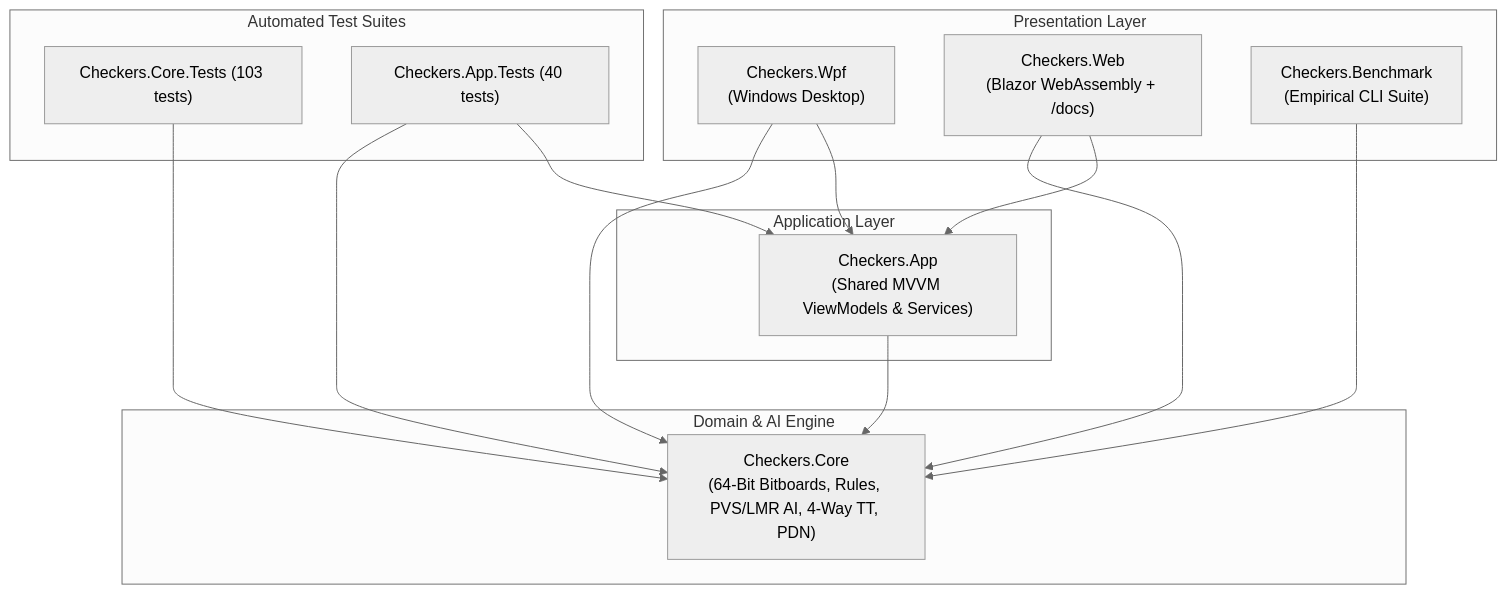
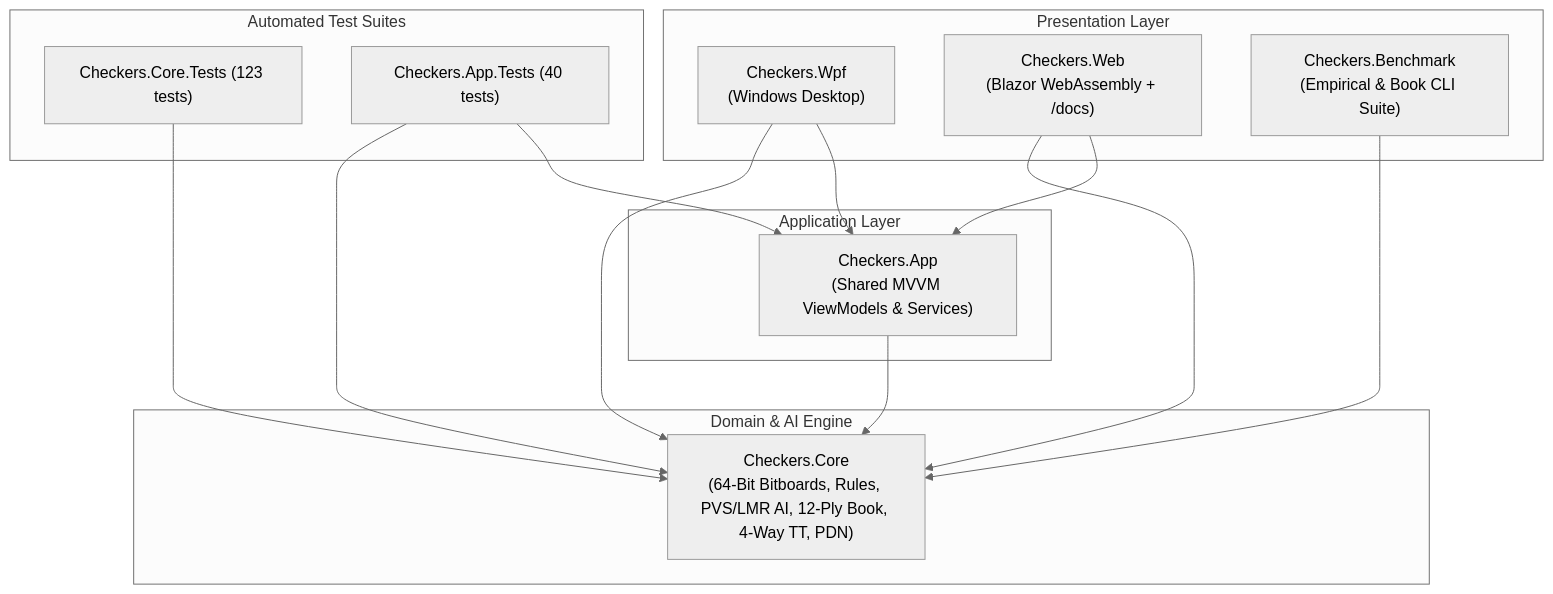
The first of 2 diagrams in docs/brain/01-overview.md (cjp-dev/Checkers), drawn with Mermaid (neutral theme) before and after one commit. The commit also changed other lines of this file and 11 other files, not shown here.

````diff
--- a/docs/brain/01-overview.md
+++ b/docs/brain/01-overview.md
@@ -25,31 +25,31 @@
 ```mermaid
 flowchart TD
     subgraph Presentation ["Presentation Layer"]
         WPF["Checkers.Wpf<br/>(Windows Desktop)"]
         Web["Checkers.Web<br/>(Blazor WebAssembly + /docs)"]
-        CLI["Checkers.Benchmark<br/>(Empirical CLI Suite)"]
+        CLI["Checkers.Benchmark<br/>(Empirical &amp; Book CLI Suite)"]
     end
 
     subgraph Application ["Application Layer"]
         App["Checkers.App<br/>(Shared MVVM ViewModels &amp; Services)"]
     end
 
     subgraph Domain ["Domain &amp; AI Engine"]
-        Core["Checkers.Core<br/>(64-Bit Bitboards, Rules, PVS/LMR AI, 4-Way TT, PDN)"]
+        Core["Checkers.Core<br/>(64-Bit Bitboards, Rules, PVS/LMR AI, 12-Ply Book, 4-Way TT, PDN)"]
     end
 
     subgraph Verification ["Automated Test Suites"]
-        CoreTests["Checkers.Core.Tests (103 tests)"]
+        CoreTests["Checkers.Core.Tests (123 tests)"]
         AppTests["Checkers.App.Tests (40 tests)"]
     end
 
     WPF --> App
     Web --> App
     App --> Core
     WPF --> Core
     Web --> Core
     CLI --> Core
     CoreTests --> Core
     AppTests --> App
     AppTests --> Core
 ```
````
